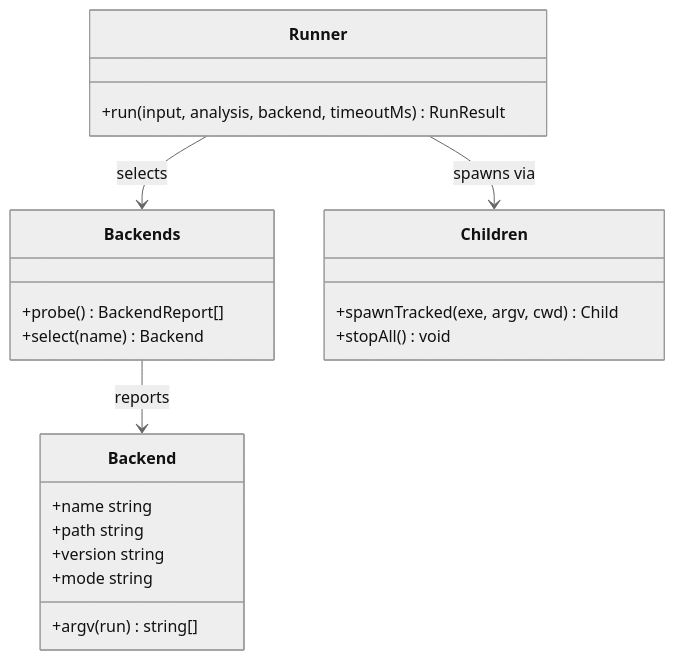
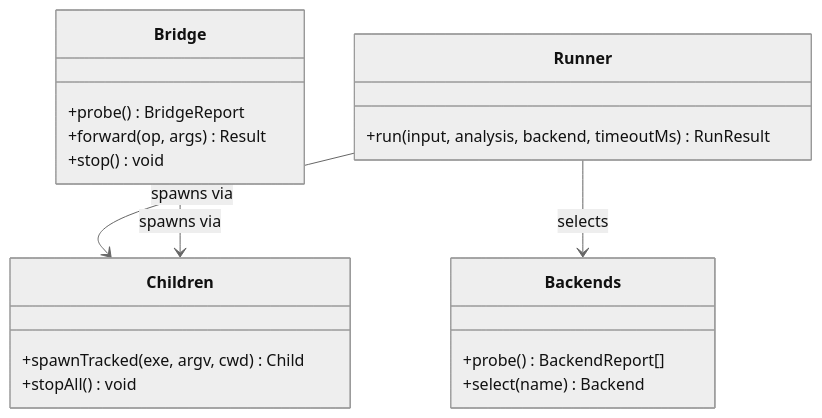
The fifth of 10 diagrams in .kiro/specs/openspice-mcp/design.md (sohampatwardhan/openspice-mcp), drawn with Mermaid (neutral theme) before and after one commit. The commit also changed other lines of this file and 4 other files, not shown here.

````diff
--- a/.kiro/specs/openspice-mcp/design.md
+++ b/.kiro/specs/openspice-mcp/design.md
@@ -134,24 +216,22 @@
 ```mermaid
 classDiagram
   class Backends {
     +probe() BackendReport[]
     +select(name) Backend
   }
-  class Backend {
-    +name string
-    +path string
-    +version string
-    +mode string
-    +argv(run) string[]
+  class Bridge {
+    +probe() BridgeReport
+    +forward(op, args) Result
+    +stop() void
   }
   class Runner {
     +run(input, analysis, backend, timeoutMs) RunResult
   }
   class Children {
     +spawnTracked(exe, argv, cwd) Child
     +stopAll() void
   }
   Runner --> Backends : selects
   Runner --> Children : spawns via
-  Backends --> Backend : reports
+  Bridge --> Children : spawns via
 ```
````
